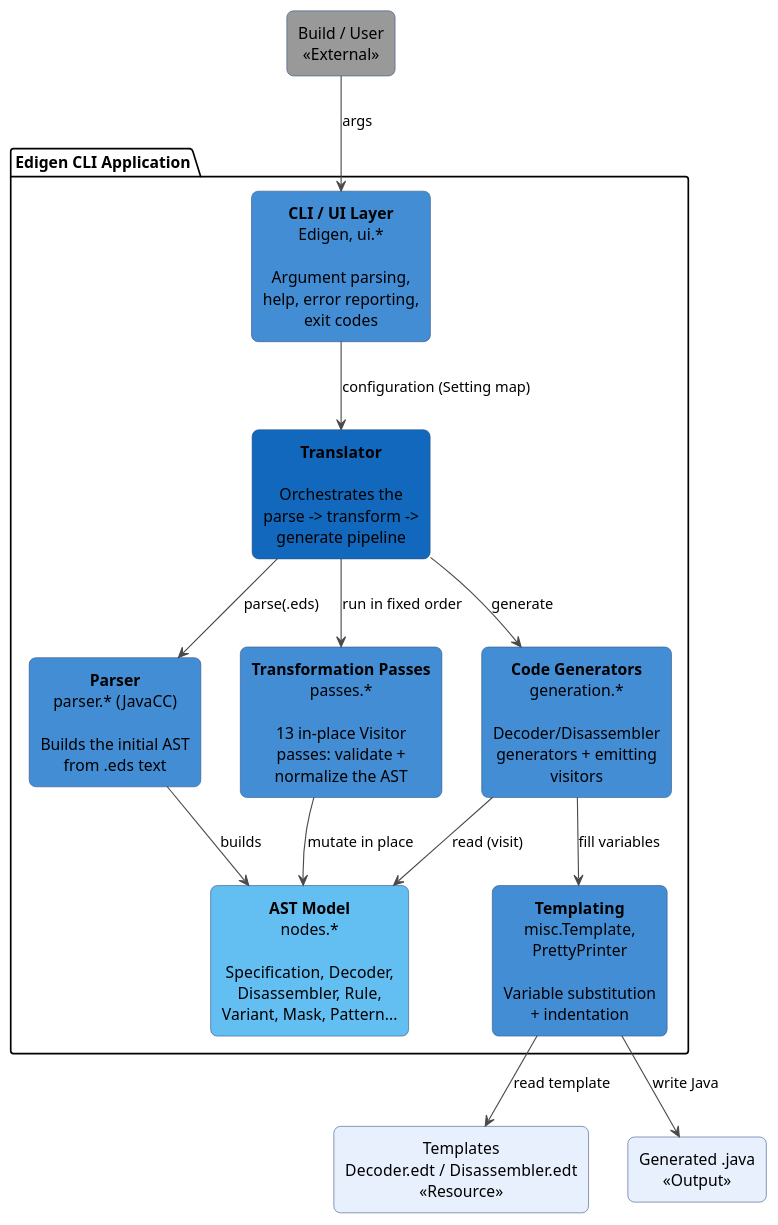
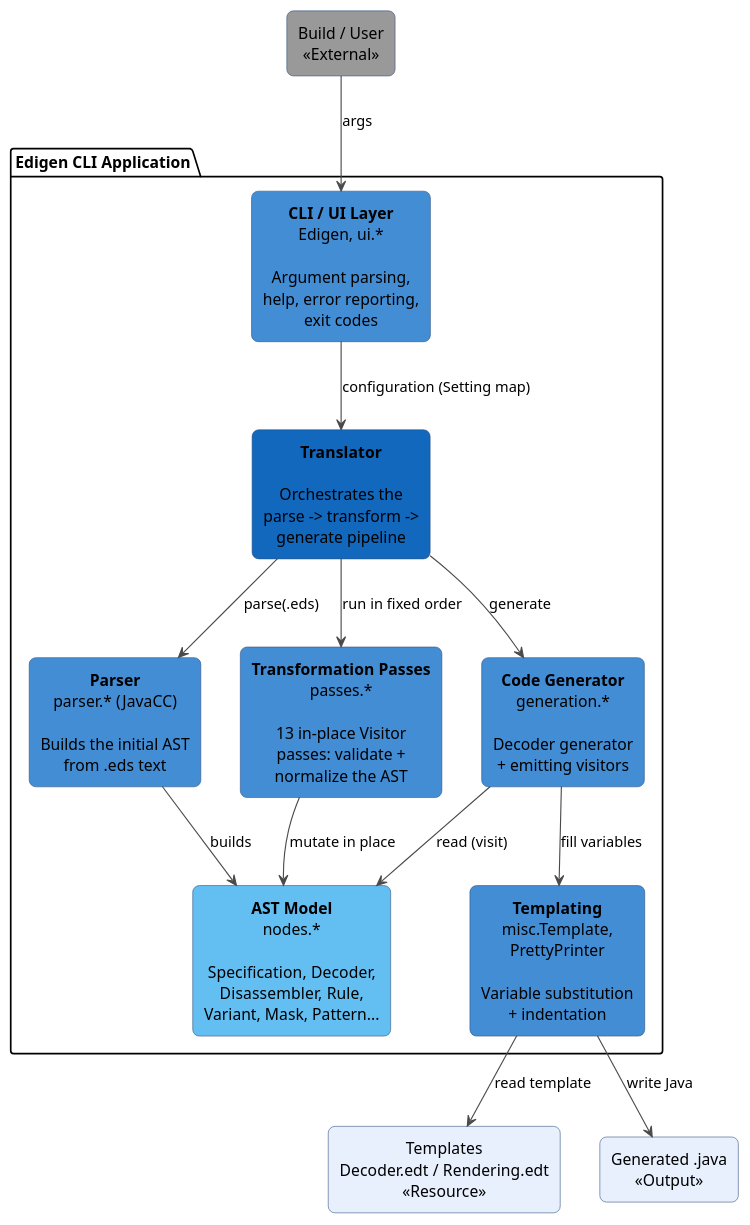
The diagram in docs/_c4-component.adoc (emustudio/edigen), drawn with PlantUML before and after one commit. The commit also changed other lines of this file and 24 other files, not shown here.

```diff
--- a/docs/_c4-component.adoc
+++ b/docs/_c4-component.adoc
@@ -8,40 +8,40 @@
 [plantuml,c4-component,svg]
 ....
 @startuml
 skinparam defaultTextAlignment center
 skinparam shadowing false
 skinparam rectangle {
   roundCorner 12
   BorderColor #2E4E7E
 }
 skinparam ArrowColor #4A4A4A
 
 rectangle "Build / User\n<<External>>" as user #999999
 
 package "Edigen CLI Application" {
   rectangle "**CLI / UI Layer**\nEdigen, ui.*\n\nArgument parsing,\nhelp, error reporting,\nexit codes" as cli #438DD5
   rectangle "**Translator**\n\nOrchestrates the\nparse -> transform ->\ngenerate pipeline" as tr #1168BD
   rectangle "**Parser**\nparser.* (JavaCC)\n\nBuilds the initial AST\nfrom .eds text" as parser #438DD5
   rectangle "**AST Model**\nnodes.*\n\nSpecification, Decoder,\nDisassembler, Rule,\nVariant, Mask, Pattern..." as ast #63BEF2
   rectangle "**Transformation Passes**\npasses.*\n\n13 in-place Visitor\npasses: validate +\nnormalize the AST" as passes #438DD5
-  rectangle "**Code Generators**\ngeneration.*\n\nDecoder/Disassembler\ngenerators + emitting\nvisitors" as gen #438DD5
+  rectangle "**Code Generator**\ngeneration.*\n\nDecoder generator\n+ emitting visitors" as gen #438DD5
   rectangle "**Templating**\nmisc.Template,\nPrettyPrinter\n\nVariable substitution\n+ indentation" as tmplsys #438DD5
 }
 
-rectangle "Templates\nDecoder.edt / Disassembler.edt\n<<Resource>>" as edt #E8F0FE
+rectangle "Templates\nDecoder.edt / Rendering.edt\n<<Resource>>" as edt #E8F0FE
 rectangle "Generated .java\n<<Output>>" as out #E8F0FE
 
 user --> cli : args
 cli --> tr : configuration (Setting map)
 tr --> parser : parse(.eds)
 parser --> ast : builds
 tr --> passes : run in fixed order
 passes --> ast : mutate in place
 tr --> gen : generate
 gen --> ast : read (visit)
 gen --> tmplsys : fill variables
 tmplsys --> edt : read template
 tmplsys --> out : write Java
 
 @enduml
 ....
```
